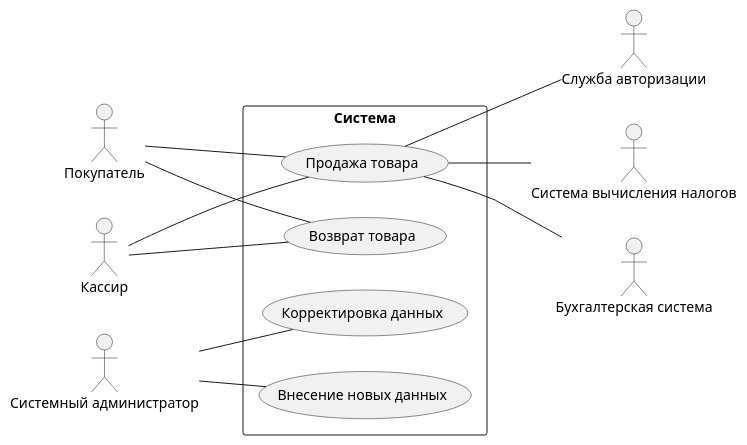
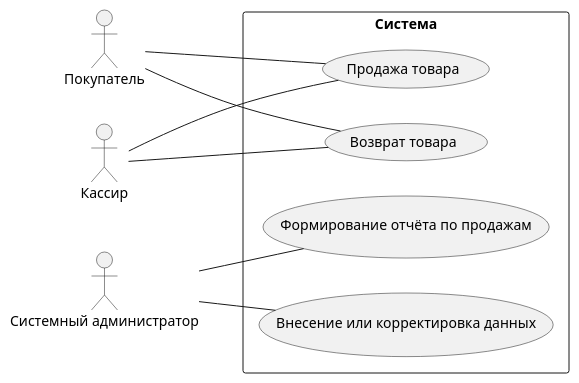
The diagram in Видение.md (penamarth/bsbo-03-23_team4_var10_football), drawn with PlantUML before and after one commit.

Commit message:
Правка общей диаграммы

````diff
--- a/Видение.md
+++ b/Видение.md
@@ -43,38 +43,30 @@
 ```plantuml
 @startuml
 skinparam packageStyle rect
 left to right direction
 
 :Покупатель:
 :Кассир:
 :Системный администратор:
 
 package Cистема {
 
 (Продажа товара)
 (Возврат товара)
-(Корректировка данных)
-(Внесение новых данных)
+(Формирование отчёта по продажам)
+(Внесение или корректировка данных)
 
 }
-
 
 :Покупатель: -- (Продажа товара)
 :Покупатель: -- (Возврат товара)
 
 :Кассир: -- (Продажа товара)
 :Кассир: -- (Возврат товара)
 
-:Системный администратор: -- (Корректировка данных)
-:Системный администратор: -- (Внесение новых данных)
+:Системный администратор: -- (Внесение или корректировка данных)
+:Системный администратор: -- (Формирование отчёта по продажам)
 
-:Служба авторизации:
-:Система вычисления налогов:
-:Бухгалтерская система:
-
-(Продажа товара) -- :Служба авторизации:
-(Продажа товара) -- :Система вычисления налогов:
-(Продажа товара) -- :Бухгалтерская система:
 
 @enduml
 ```
````
